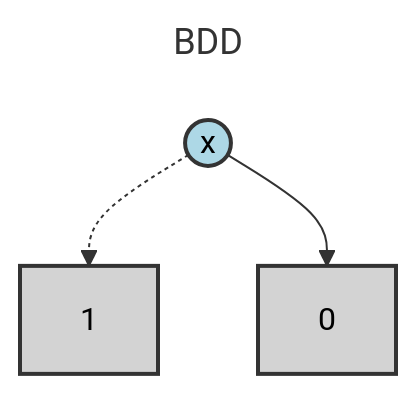
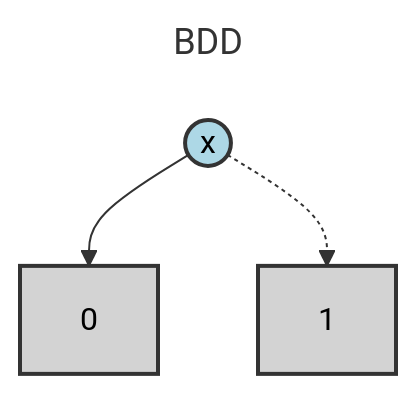
Before and after one commit to Alan-Jowett/bdd_test: the second of 2 diagrams in test_expressions/reference_output/multiple_not_analysis.md, drawn with Mermaid. The commit also changed other lines of this file and 150 other files, not shown here.

First line of the commit message:
More dag graph cleanup (#65)

````diff
--- a/test_expressions/reference_output/multiple_not_analysis.md
+++ b/test_expressions/reference_output/multiple_not_analysis.md
@@ -43,19 +43,19 @@
 ```mermaid
 ---
 title: BDD
 ---
 flowchart TD
     N0["1"]
     N1["0"]
     N2(("x"))
 
+    N2 --> N1
     N2 -.-> N0
-    N2 --> N1
 
     class N0 terminal
     class N1 terminal
     class N2 bddVariable
 
     classDef bddVariable fill:lightblue,stroke:#333,stroke-width:2px,color:#000
     classDef terminal fill:lightgray,stroke:#333,stroke-width:2px,color:#000
 ```
````
